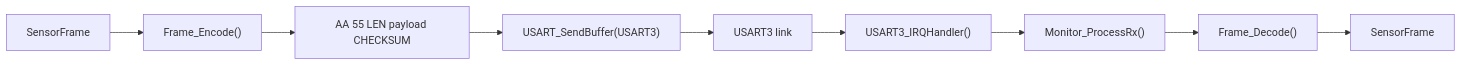
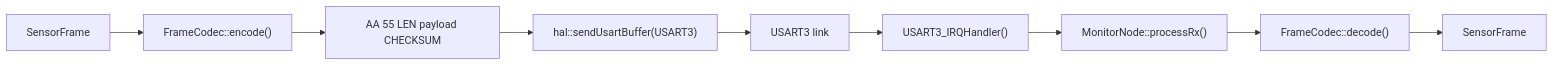
The sixth of 13 diagrams in docs/FUNCTION_DESIGN_WALKTHROUGH.en.md (Cusnd/dual-stm32-safety-monitor), drawn with Mermaid before and after one commit. The commit also changed other lines of this file and 78 other files, not shown here.

````diff
--- a/docs/FUNCTION_DESIGN_WALKTHROUGH.en.md
+++ b/docs/FUNCTION_DESIGN_WALKTHROUGH.en.md
@@ -164,11 +164,11 @@
 ```mermaid
 flowchart LR
-  S["SensorFrame"] --> E["Frame_Encode()"]
+  S["SensorFrame"] --> E["FrameCodec::encode()"]
   E --> B["AA 55 LEN payload CHECKSUM"]
-  B --> U["USART_SendBuffer(USART3)"]
+  B --> U["hal::sendUsartBuffer(USART3)"]
   U --> R["USART3 link"]
   R --> I["USART3_IRQHandler()"]
-  I --> P["Monitor_ProcessRx()"]
-  P --> D["Frame_Decode()"]
+  I --> P["MonitorNode::processRx()"]
+  P --> D["FrameCodec::decode()"]
   D --> T["SensorFrame"]
 ```
````
